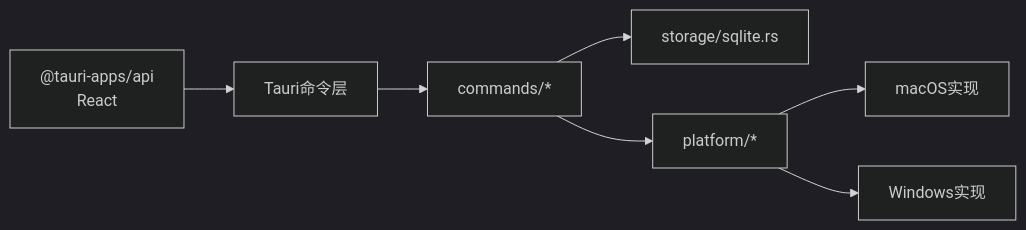
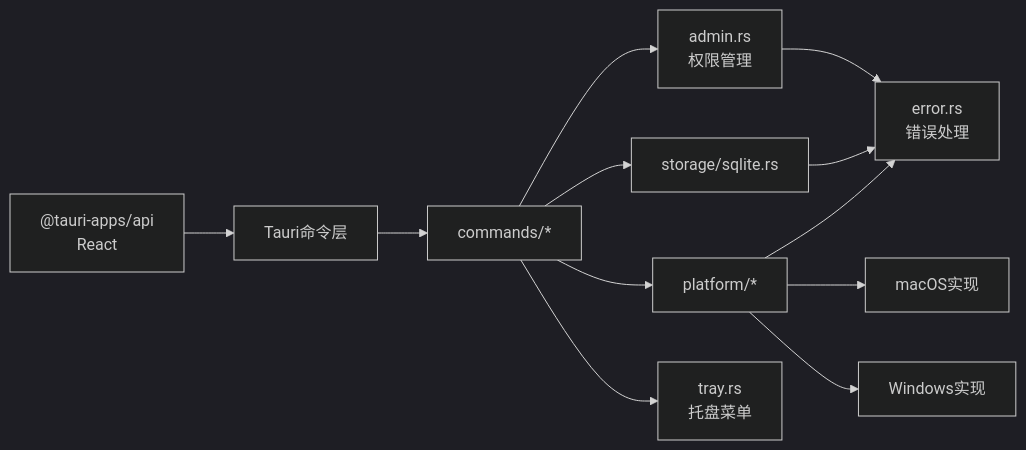
Diagram 11 of 11 in .qoder/repowiki/zh/content/网络配置功能/网络配置功能.md (xdongliang/IPSwitcher), drawn with Mermaid (dark theme) before and after one commit. The commit also changed other lines of this file and 22 other files, not shown here.

````diff
--- a/.qoder/repowiki/zh/content/网络配置功能/网络配置功能.md
+++ b/.qoder/repowiki/zh/content/网络配置功能/网络配置功能.md
@@ -319,9 +457,14 @@
 ```mermaid
 graph LR
 FE["@tauri-apps/api<br/>React"] --> Tauri["Tauri命令层"]
 Tauri --> Commands["commands/*"]
 Commands --> Storage["storage/sqlite.rs"]
 Commands --> Platform["platform/*"]
 Platform --> MacOS["macOS实现"]
 Platform --> Windows["Windows实现"]
+Commands --> Admin["admin.rs<br/>权限管理"]
+Admin --> Error["error.rs<br/>错误处理"]
+Commands --> Tray["tray.rs<br/>托盘菜单"]
+Storage --> Error
+Platform --> Error
 ```
````
